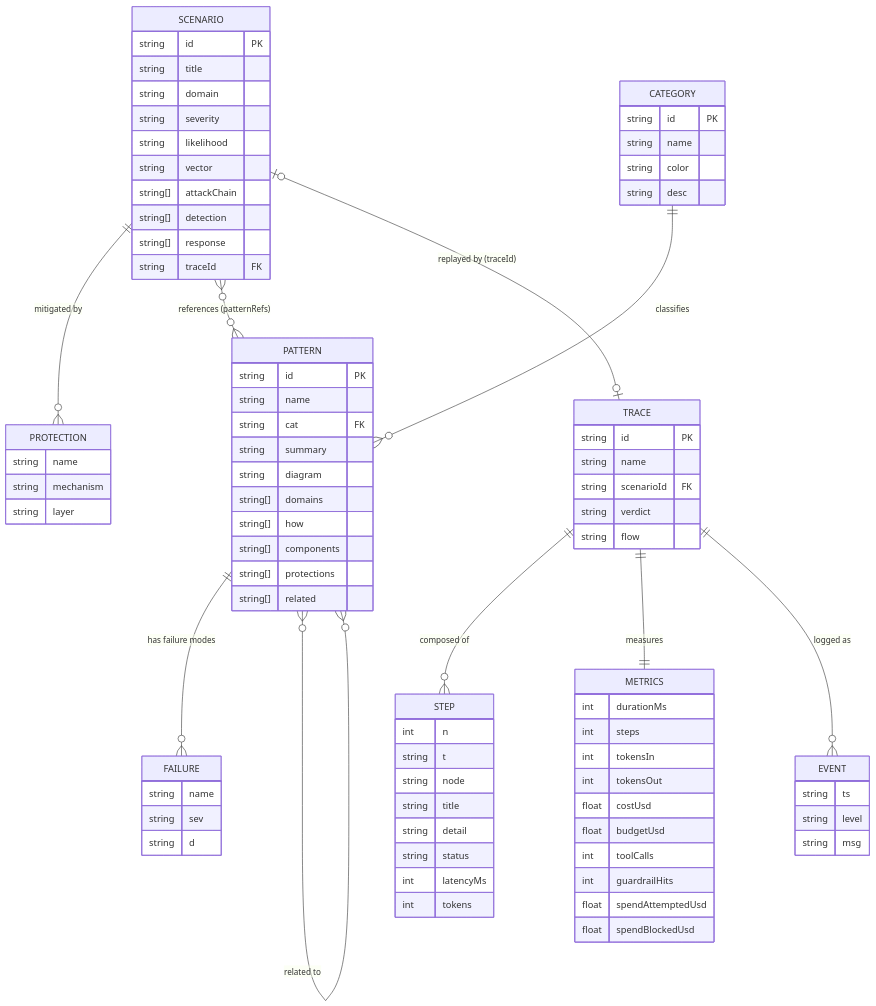
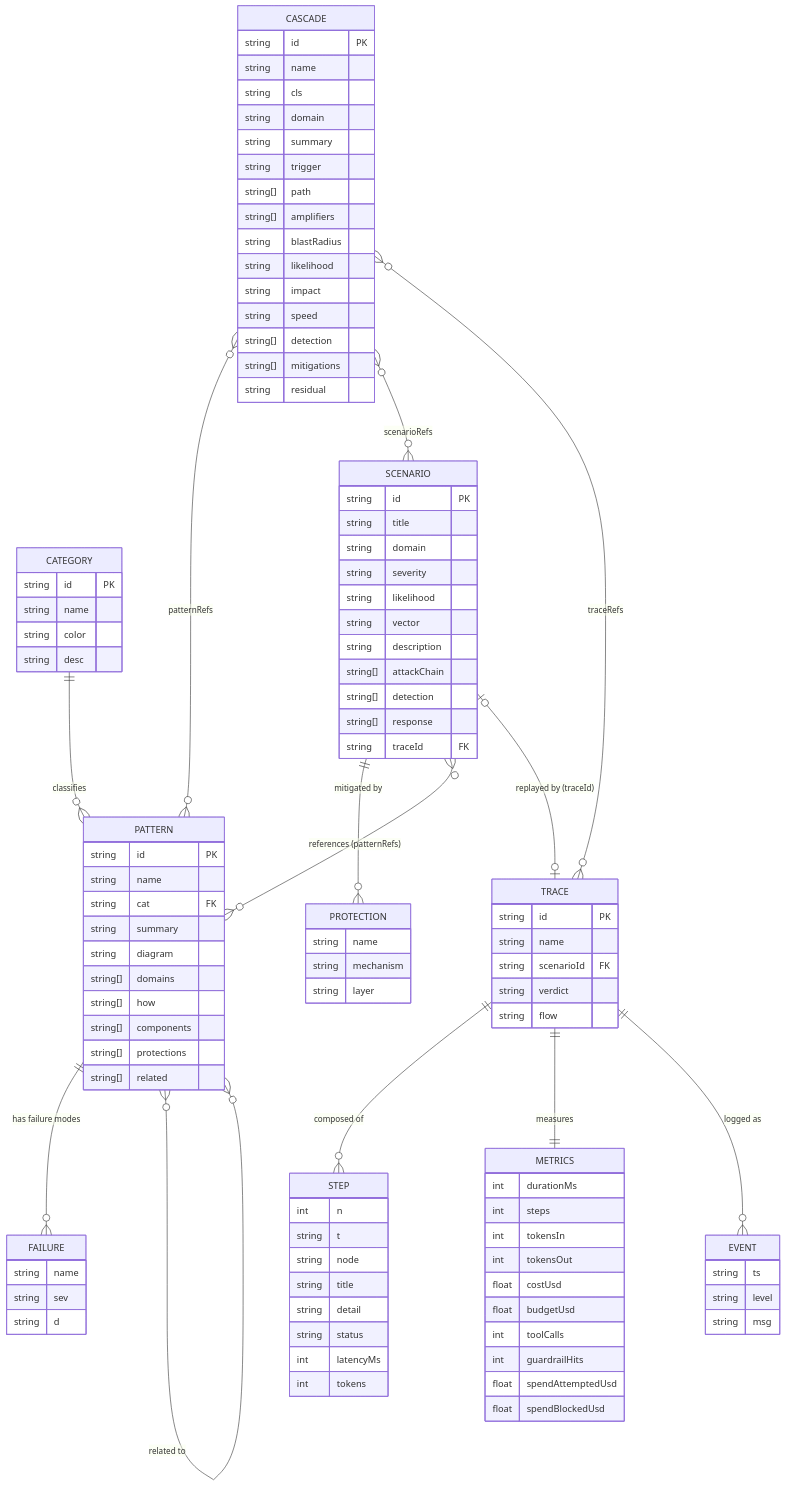
The first of 3 diagrams in design/05-data-model.md (harishgovardhandamodar/AI-Agents-Patterns), drawn with Mermaid before and after one commit. The commit also changed other lines of this file and 11 other files, not shown here.

First line of the commit message:
Docs: refresh design & architecture for the current app + new runtime/offline doc

````diff
--- a/design/05-data-model.md
+++ b/design/05-data-model.md
@@ -15,6 +15,9 @@
   TRACE ||--o{ STEP : "composed of"
   TRACE ||--|| METRICS : measures
   TRACE ||--o{ EVENT : "logged as"
+  CASCADE }o--o{ PATTERN : "patternRefs"
+  CASCADE }o--o{ SCENARIO : "scenarioRefs"
+  CASCADE }o--o{ TRACE : "traceRefs"
 
   CATEGORY {
     string id PK
@@ -46,6 +49,7 @@
     string severity
     string likelihood
     string vector
+    string description
     string[] attackChain
     string[] detection
     string[] response
@@ -90,4 +94,21 @@
     string level
     string msg
   }
+  CASCADE {
+    string id PK
+    string name
+    string cls
+    string domain
+    string summary
+    string trigger
+    string[] path
+    string[] amplifiers
+    string blastRadius
+    string likelihood
+    string impact
+    string speed
+    string[] detection
+    string[] mitigations
+    string residual
+  }
 ```
````
